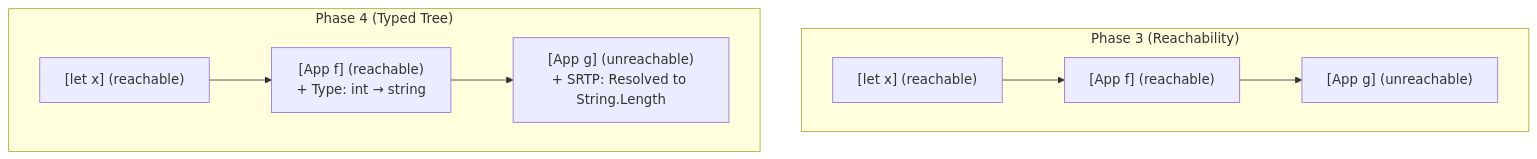
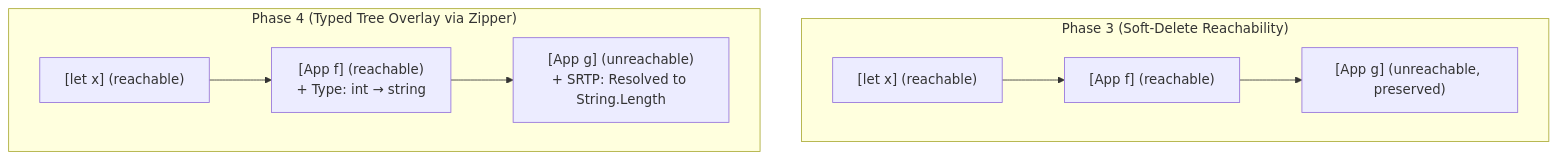
Before and after one commit to FidelityFramework/Atelier: the fifth of 8 diagrams in docs/03_unique_features.md, drawn with Mermaid. The commit also changed other lines of this file and 7 other files, not shown here.

````diff
--- a/docs/03_unique_features.md
+++ b/docs/03_unique_features.md
@@ -273,16 +284,16 @@
 ```mermaid
 flowchart TB
-    subgraph phase3["Phase 3 (Reachability)"]
+    subgraph phase3["Phase 3 (Soft-Delete Reachability)"]
         x3["[let x] (reachable)"]
         f3["[App f] (reachable)"]
-        g3["[App g] (unreachable)"]
+        g3["[App g] (unreachable, preserved)"]
         x3 --> f3 --> g3
     end
 
-    subgraph phase4["Phase 4 (Typed Tree)"]
+    subgraph phase4["Phase 4 (Typed Tree Overlay via Zipper)"]
         x4["[let x] (reachable)"]
         f4["[App f] (reachable)<br/>+ Type: int → string"]
         g4["[App g] (unreachable)<br/>+ SRTP: Resolved to String.Length"]
         x4 --> f4 --> g4
     end
 ```
````
